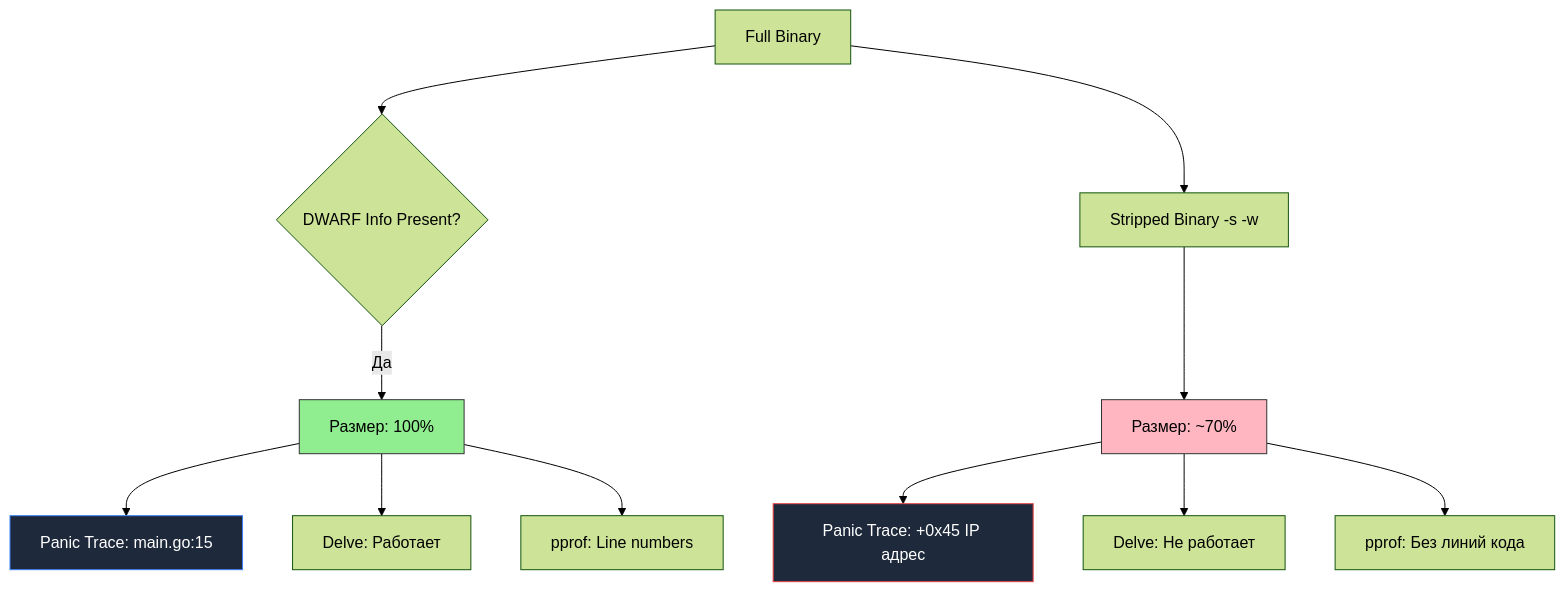
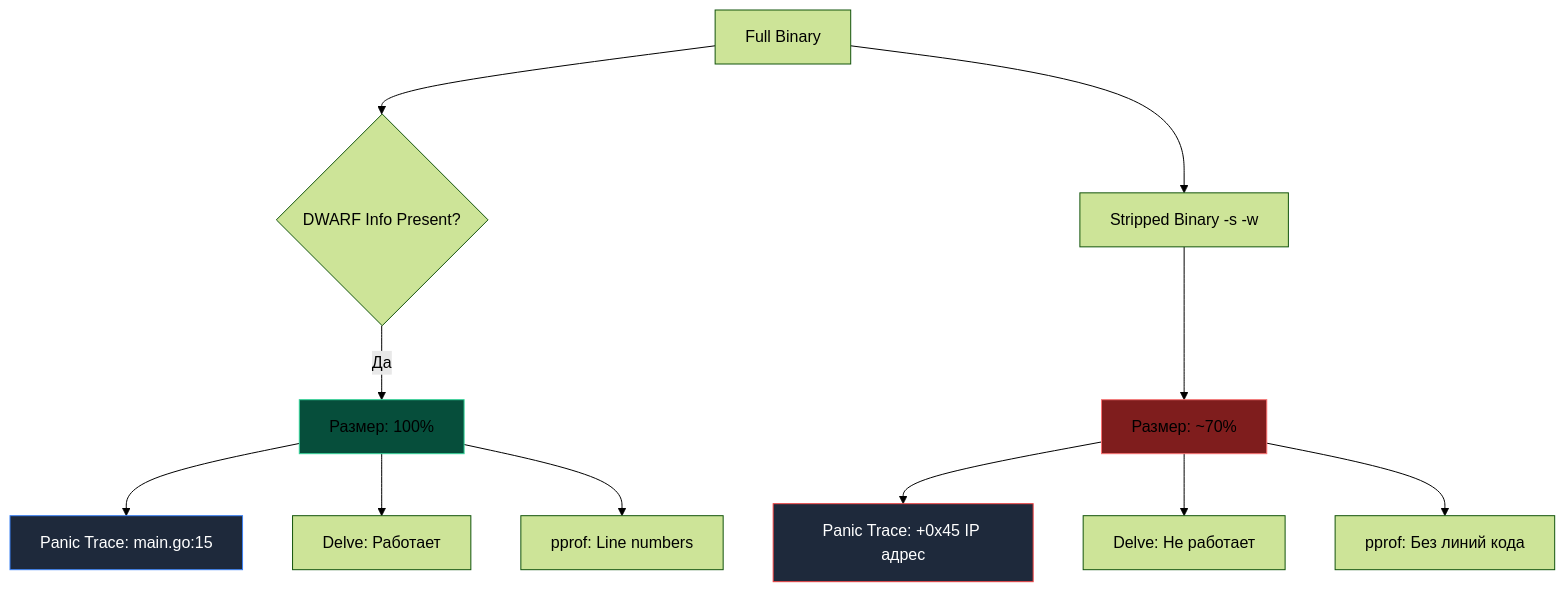
Before and after one commit to UnrealTemplier/go-textbook: the diagram in sources/8. Инфраструктура языка, Тулинг и CI_CD/35. Debug сборки и символы.md, drawn with Mermaid (forest theme). The commit also changed 310 other files, not shown here.

First line of the commit message:
fix(mermaid): replace light fill colors with dark palette for readability on dark theme

````diff
--- a/sources/8. Инфраструктура языка, Тулинг и CI_CD/35. Debug сборки и символы.md
+++ b/sources/8. Инфраструктура языка, Тулинг и CI_CD/35. Debug сборки и символы.md
@@ -48,19 +48,19 @@
 ```mermaid
 flowchart TD
     A["Full Binary"] --> B{DWARF Info Present?}
     B -- "Да" --> C["Размер: 100%"]
     C --> D["Panic Trace: main.go:15"]
     C --> E["Delve: Работает"]
     C --> F["pprof: Line numbers"]
     
     A --> G["Stripped Binary -s -w"]
     G --> H["Размер: ~70%"]
     H --> I["Panic Trace: +0x45 IP адрес"]
     H --> J["Delve: Не работает"]
     H --> K["pprof: Без линий кода"]
     
-    style C fill:#90EE90,stroke:#333,color:#000
-    style H fill:#FFB6C1,stroke:#333,color:#000
+    style C fill:#064e3b,stroke:#34d399,color:#000
+    style H fill:#7f1d1d,stroke:#f87171,color:#000
     style D fill:#1e293b,stroke:#3b82f6,color:#fff
     style I fill:#1e293b,stroke:#ef4444,color:#fff
 ```
````
